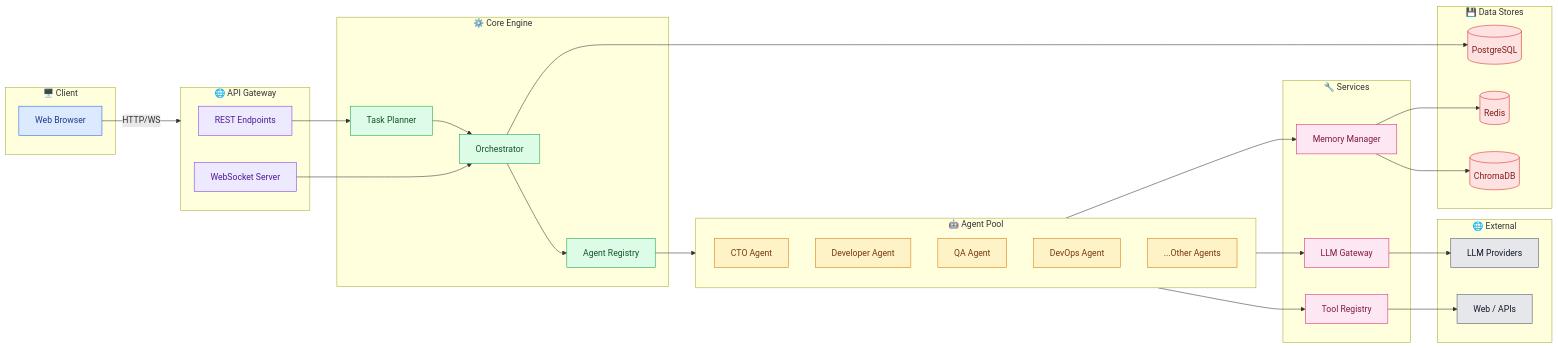
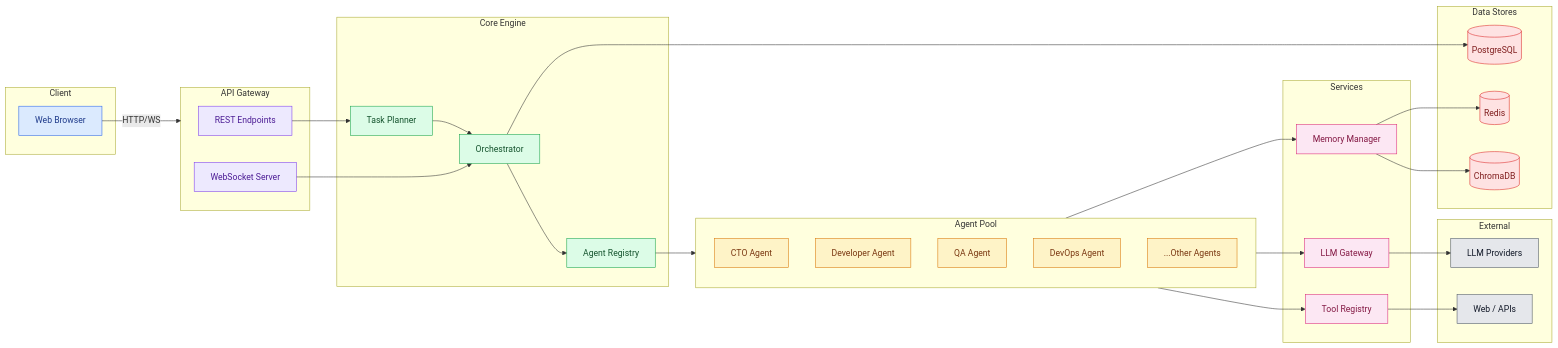
One commit to zainsardar-tech/zarix-agentos changed the second of 4 diagrams in docs/system-architecture.md. Above: the diagram before and after it, drawn with Mermaid. The commit also changed other lines of this file and 9 other files, not shown here.

Commit message:
fix diagram alignment and formatting

````diff
--- a/docs/system-architecture.md
+++ b/docs/system-architecture.md
@@ -74,73 +74,73 @@
 ```mermaid
 flowchart LR
-    subgraph Client["🖥️ Client"]
-        Browser[Web Browser]
-    end
+  subgraph Client[" Client"]
+  Browser[Web Browser]
+  end
 
-    subgraph Gateway["🌐 API Gateway"]
-        REST[REST Endpoints]
-        WSS[WebSocket Server]
-    end
+  subgraph Gateway[" API Gateway"]
+  REST[REST Endpoints]
+  WSS[WebSocket Server]
+  end
 
-    subgraph Core["⚙️ Core Engine"]
-        Planner[Task Planner]
-        Orch[Orchestrator]
-        Reg[Agent Registry]
-    end
+  subgraph Core[" Core Engine"]
+  Planner[Task Planner]
+  Orch[Orchestrator]
+  Reg[Agent Registry]
+  end
 
-    subgraph Agents["🤖 Agent Pool"]
-        CTO[CTO Agent]
-        DEV[Developer Agent]
-        QA[QA Agent]
-        OPS[DevOps Agent]
-        Other[...Other Agents]
-    end
+  subgraph Agents[" Agent Pool"]
+  CTO[CTO Agent]
+  DEV[Developer Agent]
+  QA[QA Agent]
+  OPS[DevOps Agent]
+  Other[...Other Agents]
+  end
 
-    subgraph Services["🔧 Services"]
-        MemMgr[Memory Manager]
-        ToolReg[Tool Registry]
-        LLMGW[LLM Gateway]
-    end
+  subgraph Services[" Services"]
+  MemMgr[Memory Manager]
+  ToolReg[Tool Registry]
+  LLMGW[LLM Gateway]
+  end
 
-    subgraph Stores["💾 Data Stores"]
-        Postgres[(PostgreSQL)]
-        Redis[(Redis)]
-        Chroma[(ChromaDB)]
-    end
+  subgraph Stores[" Data Stores"]
+  Postgres[(PostgreSQL)]
+  Redis[(Redis)]
+  Chroma[(ChromaDB)]
+  end
 
-    subgraph External["🌐 External"]
-        Providers[LLM Providers]
-        WebAPI[Web / APIs]
-    end
+  subgraph External[" External"]
+  Providers[LLM Providers]
+  WebAPI[Web / APIs]
+  end
 
-    Browser -->|HTTP/WS| Gateway
-    REST --> Planner
-    WSS --> Orch
-    Planner --> Orch
-    Orch --> Reg
-    Reg --> Agents
-    Agents --> MemMgr
-    Agents --> ToolReg
-    Agents --> LLMGW
-    MemMgr --> Chroma
-    MemMgr --> Redis
-    Orch --> Postgres
-    LLMGW --> Providers
-    ToolReg --> WebAPI
+  Browser -->|HTTP/WS| Gateway
+  REST --> Planner
+  WSS --> Orch
+  Planner --> Orch
+  Orch --> Reg
+  Reg --> Agents
+  Agents --> MemMgr
+  Agents --> ToolReg
+  Agents --> LLMGW
+  MemMgr --> Chroma
+  MemMgr --> Redis
+  Orch --> Postgres
+  LLMGW --> Providers
+  ToolReg --> WebAPI
 
-    classDef client fill:#DBEAFE,stroke:#2563EB,color:#1E3A8A
-    classDef gw fill:#EDE9FE,stroke:#7C3AED,color:#4C1D95
-    classDef core fill:#DCFCE7,stroke:#16A34A,color:#14532D
-    classDef agent fill:#FEF3C7,stroke:#D97706,color:#78350F
-    classDef svc fill:#FCE7F3,stroke:#DB2777,color:#831843
-    classDef store fill:#FEE2E2,stroke:#DC2626,color:#7F1D1D
-    classDef ext fill:#E5E7EB,stroke:#4B5563,color:#111827
+  classDef client fill:#DBEAFE,stroke:#2563EB,color:#1E3A8A
+  classDef gw fill:#EDE9FE,stroke:#7C3AED,color:#4C1D95
+  classDef core fill:#DCFCE7,stroke:#16A34A,color:#14532D
+  classDef agent fill:#FEF3C7,stroke:#D97706,color:#78350F
+  classDef svc fill:#FCE7F3,stroke:#DB2777,color:#831843
+  classDef store fill:#FEE2E2,stroke:#DC2626,color:#7F1D1D
+  classDef ext fill:#E5E7EB,stroke:#4B5563,color:#111827
 
-    class Browser client
-    class REST,WSS gw
-    class Planner,Orch,Reg core
-    class CTO,DEV,QA,OPS,Other agent
-    class MemMgr,ToolReg,LLMGW svc
-    class Postgres,Redis,Chroma store
-    class Providers,WebAPI ext
+  class Browser client
+  class REST,WSS gw
+  class Planner,Orch,Reg core
+  class CTO,DEV,QA,OPS,Other agent
+  class MemMgr,ToolReg,LLMGW svc
+  class Postgres,Redis,Chroma store
+  class Providers,WebAPI ext
 ```
````
